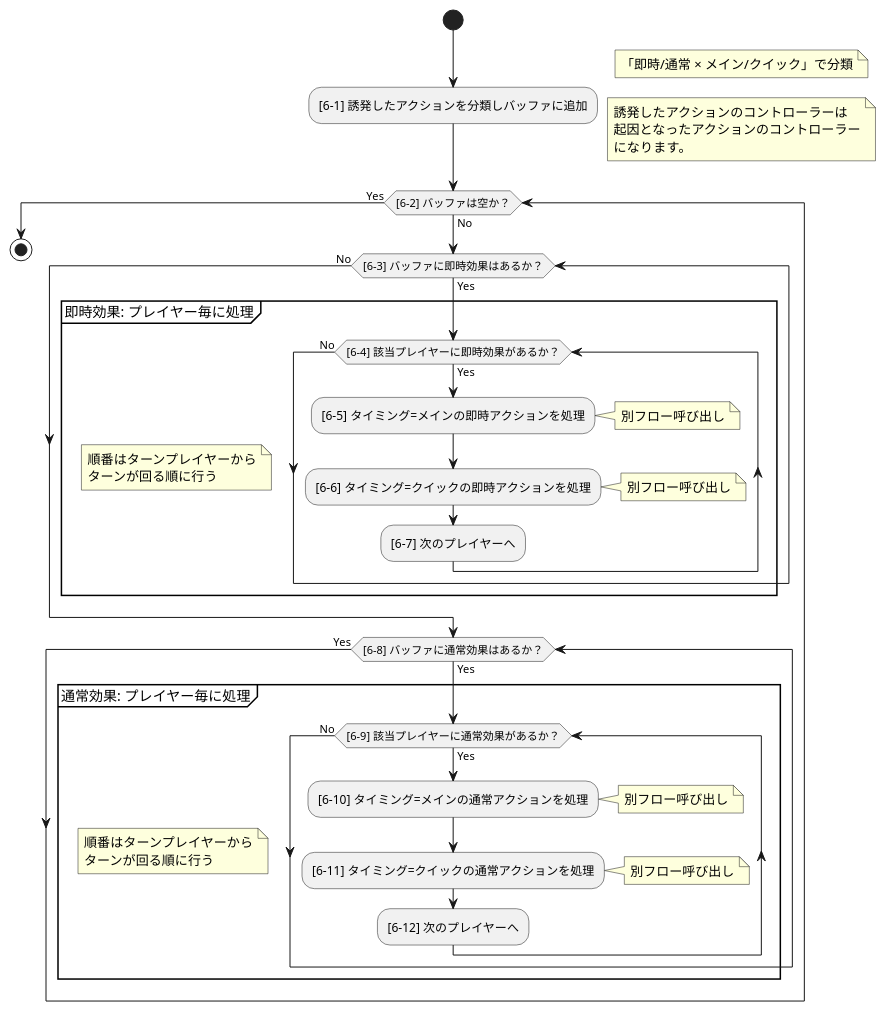
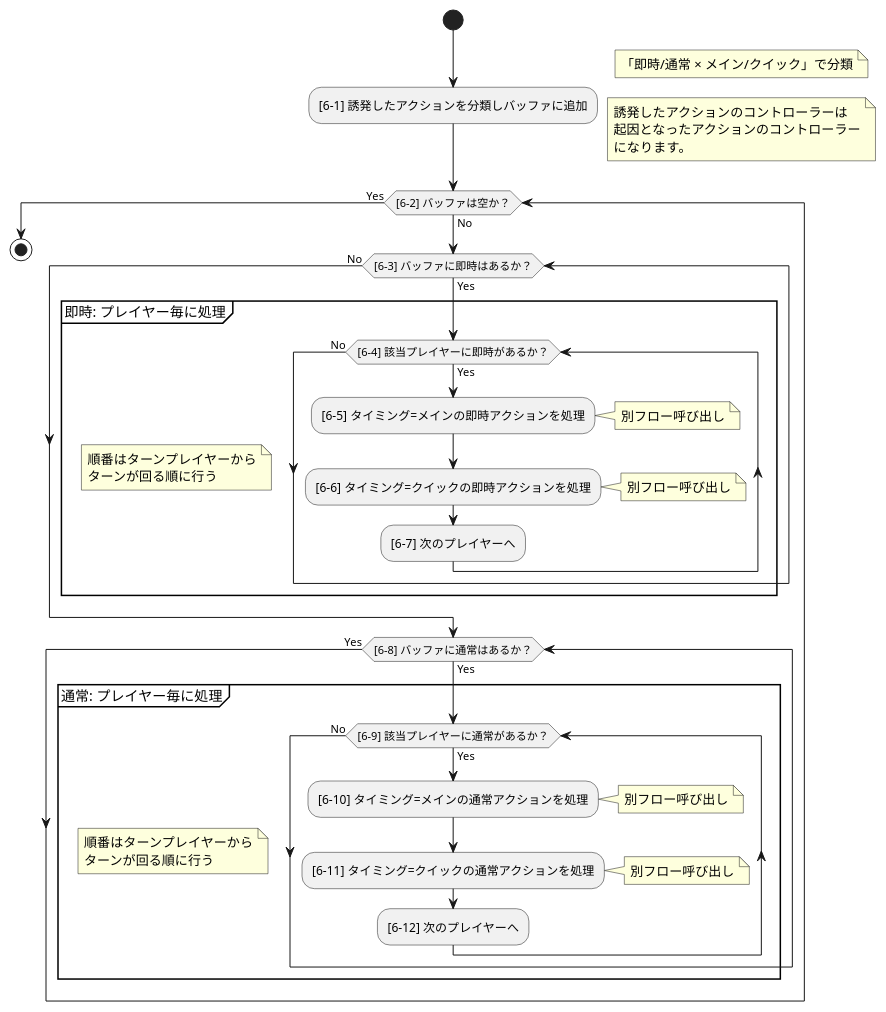
Before and after one commit to BlackPoker/BlackPoker: the diagram in source/core/triggerflow.puml, drawn with PlantUML. The commit also changed 4 other files, not shown here.

```diff
--- a/source/core/triggerflow.puml
+++ b/source/core/triggerflow.puml
@@ -1,72 +1,72 @@
 @startuml
 '==============================
 '【Main method】（アクション分類・プレイヤー毎処理）
 '==============================
 |Main method|
 start
 :[6-1] 誘発したアクションを分類しバッファに追加;
 note right
     「即時/通常 × メイン/クイック」で分類
 end note
 note right
     誘発したアクションのコントローラーは
     起因となったアクションのコントローラー
     になります。
 end note
 
 while ([6-2] バッファは空か？) is (No) 
   ' 外部ループ：バッファに何らかのアクションが残っている限り処理する
 
   '-------------------------------------------
-  '【即時効果：プレイヤー毎に処理】
+  '【即時：プレイヤー毎に処理】
   '-------------------------------------------
-  while ([6-3] バッファに即時効果はあるか？) is (Yes)
+  while ([6-3] バッファに即時はあるか？) is (Yes)
 
-    group 即時効果: プレイヤー毎に処理
+    group 即時: プレイヤー毎に処理
     note
         順番はターンプレイヤーから
         ターンが回る順に行う
     end note
 
-      while ([6-4] 該当プレイヤーに即時効果があるか？) is (Yes)
+      while ([6-4] 該当プレイヤーに即時があるか？) is (Yes)
         :[6-5] タイミング=メインの即時アクションを処理;
         note right
           別フロー呼び出し
         end note
         :[6-6] タイミング=クイックの即時アクションを処理;
         note right
           別フロー呼び出し
         end note
         :[6-7] 次のプレイヤーへ;
       endwhile (No)
     end group
   endwhile (No)
 
   '-------------------------------------------
-  '【通常効果：プレイヤー毎に処理】
+  '【通常：プレイヤー毎に処理】
   '-------------------------------------------
-  while ([6-8] バッファに通常効果はあるか？) is (Yes)
+  while ([6-8] バッファに通常はあるか？) is (Yes)
 
-    group 通常効果: プレイヤー毎に処理
+    group 通常: プレイヤー毎に処理
     note
         順番はターンプレイヤーから
         ターンが回る順に行う
     end note
 
-      while ([6-9] 該当プレイヤーに通常効果があるか？) is (Yes)
+      while ([6-9] 該当プレイヤーに通常があるか？) is (Yes)
         :[6-10] タイミング=メインの通常アクションを処理;
         note right
           別フロー呼び出し
         end note
         :[6-11] タイミング=クイックの通常アクションを処理;
         note right
           別フロー呼び出し
         end note
         :[6-12] 次のプレイヤーへ;
       endwhile (No)
     end group
   endwhile (Yes)
 
 endwhile (Yes)
 stop
 @enduml
```
